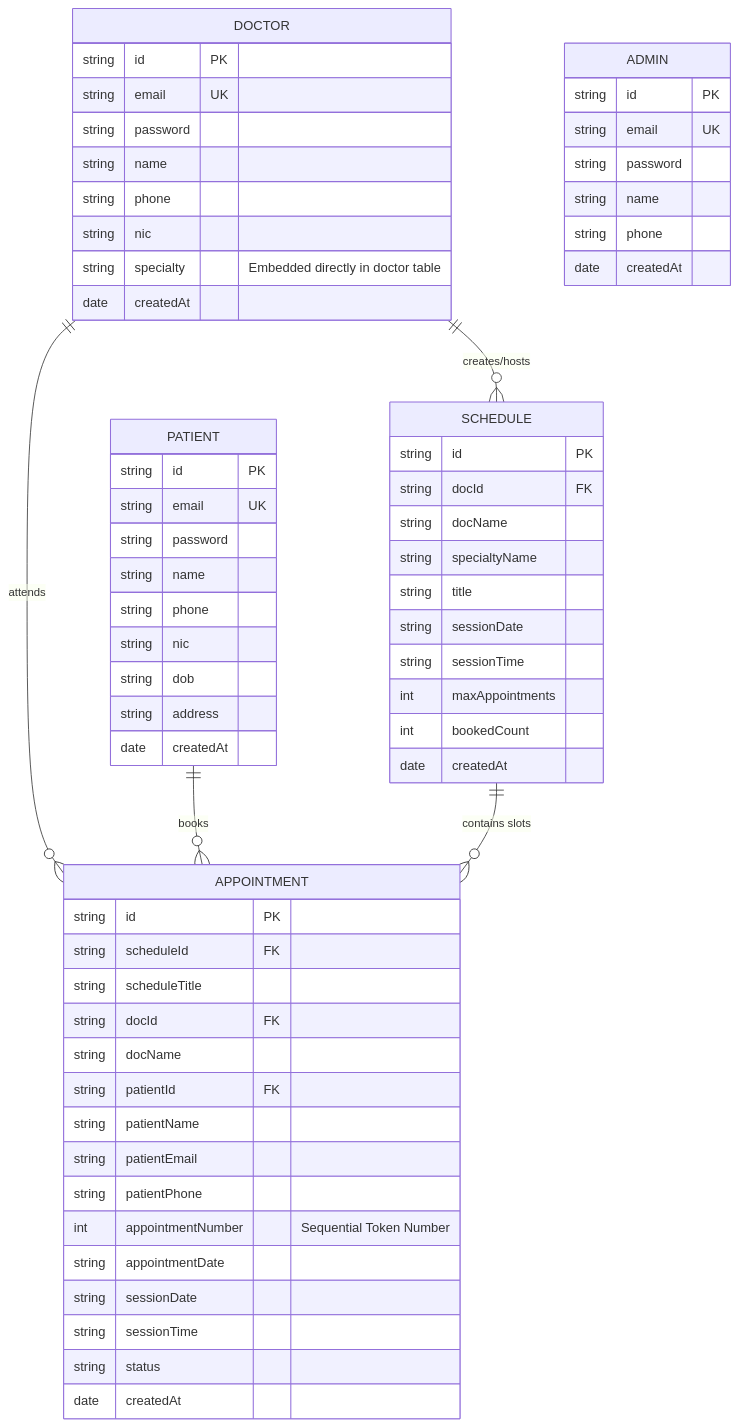
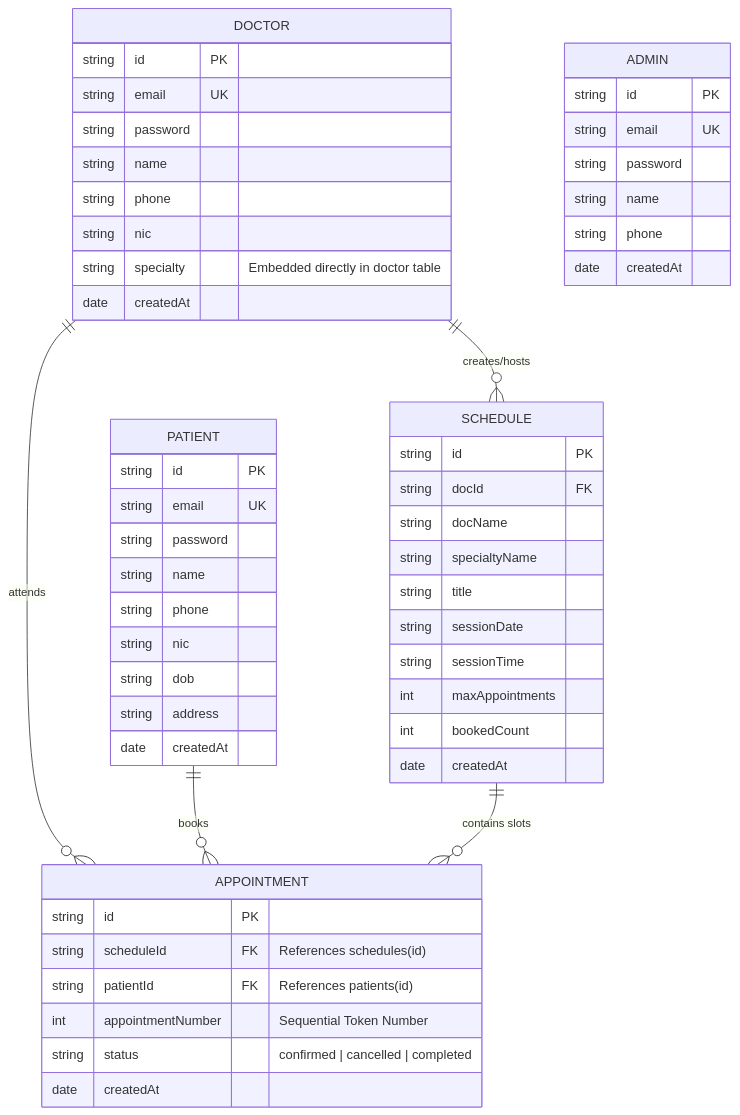
The third of 3 diagrams in PROJECT_ANALYSIS_SYSTEM_DESIGN_AND_INTERVIEW_PREP.md (shsi1309-gif/MedFlow-Doctor_appointment_system), drawn with Mermaid before and after one commit. The commit also changed 2 other files, not shown here.

Commit message:
refactor: normalize appointments table down to 6 core columns with SQL joins for relational purity

````diff
--- a/PROJECT_ANALYSIS_SYSTEM_DESIGN_AND_INTERVIEW_PREP.md
+++ b/PROJECT_ANALYSIS_SYSTEM_DESIGN_AND_INTERVIEW_PREP.md
@@ -238,70 +238,61 @@
 ```mermaid
 erDiagram
     DOCTOR ||--o{ SCHEDULE : "creates/hosts"
     DOCTOR ||--o{ APPOINTMENT : "attends"
     PATIENT ||--o{ APPOINTMENT : "books"
     SCHEDULE ||--o{ APPOINTMENT : "contains slots"
 
     ADMIN {
         string id PK
         string email UK
         string password
         string name
         string phone
         date createdAt
     }
 
     DOCTOR {
         string id PK
         string email UK
         string password
         string name
         string phone
         string nic
         string specialty "Embedded directly in doctor table"
         date createdAt
     }
 
     PATIENT {
         string id PK
         string email UK
         string password
         string name
         string phone
         string nic
         string dob
         string address
         date createdAt
     }
 
     SCHEDULE {
         string id PK
         string docId FK
         string docName
         string specialtyName
         string title
         string sessionDate
         string sessionTime
         int maxAppointments
         int bookedCount
         date createdAt
     }
 
     APPOINTMENT {
         string id PK
-        string scheduleId FK
-        string scheduleTitle
-        string docId FK
-        string docName
-        string patientId FK
-        string patientName
-        string patientEmail
-        string patientPhone
+        string scheduleId FK "References schedules(id)"
+        string patientId FK "References patients(id)"
         int appointmentNumber "Sequential Token Number"
-        string appointmentDate
-        string sessionDate
-        string sessionTime
-        string status
+        string status "confirmed | cancelled | completed"
         date createdAt
     }
 ```
````
